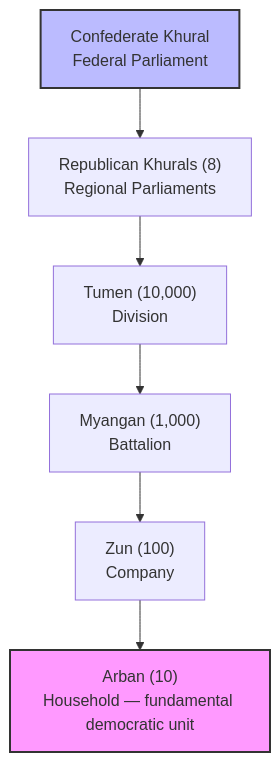
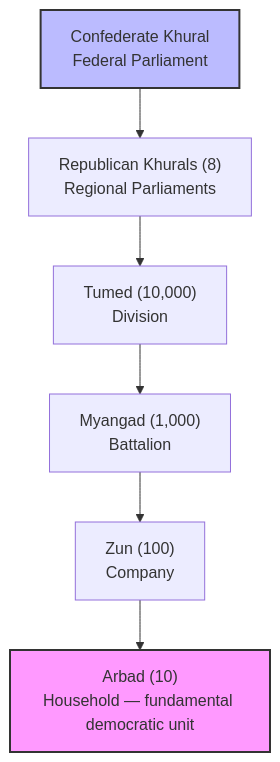
One commit to Khongirad/INOMAD changed the second of 3 diagrams in README.md. Above: the diagram before and after it, drawn with Mermaid. The commit also changed other lines of this file and 217 other files, not shown here.

````diff
--- a/README.md
+++ b/README.md
@@ -103,11 +103,11 @@
 ```mermaid
 graph TB
     CK["Confederate Khural<br/>Federal Parliament"] --> RK["Republican Khurals (8)<br/>Regional Parliaments"]
-    RK --> T["Tumen (10,000)<br/>Division"]
-    T --> M["Myangan (1,000)<br/>Battalion"]
+    RK --> T["Tumed (10,000)<br/>Division"]
+    T --> M["Myangad (1,000)<br/>Battalion"]
     M --> Z["Zun (100)<br/>Company"]
-    Z --> A["Arban (10)<br/>Household — fundamental democratic unit"]
+    Z --> A["Arbad (10)<br/>Household — fundamental democratic unit"]
 
     style A fill:#f9f,stroke:#333,stroke-width:2px
     style CK fill:#bbf,stroke:#333,stroke-width:2px
 ```
````
